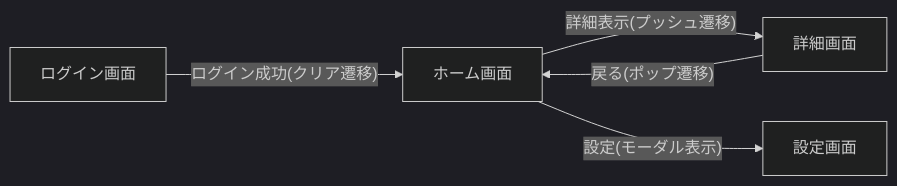
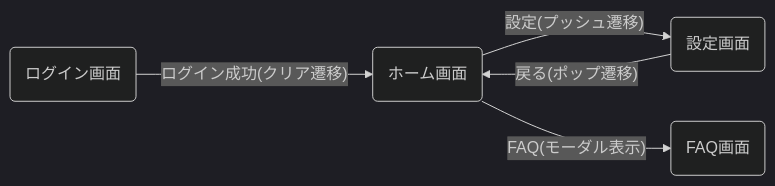
Before and after one commit to yumemi-inc/flutter-mobile-project-docs-template: the fourth of 5 diagrams in docs/template/screen_flow/screen_flow.md, drawn with Mermaid (dark theme). The commit also changed other lines of this file and 4 other files, not shown here.

````diff
--- a/docs/template/screen_flow/screen_flow.md
+++ b/docs/template/screen_flow/screen_flow.md
@@ -209,7 +208,7 @@
 ```mermaid
-flowchart LR
-    Login[ログイン画面] -- "ログイン成功(クリア遷移)" --> Home[ホーム画面]
-    Home -- "詳細表示(プッシュ遷移)" --> Detail[詳細画面]
-    Detail -- "戻る(ポップ遷移)" --> Home
-    Home -- "設定(モーダル表示)" --> Settings[設定画面]
+graph LR
+    SC001(ログイン画面) -- "ログイン成功(クリア遷移)" --> SC002(ホーム画面)
+    SC002 -- "設定(プッシュ遷移)" --> SC003(設定画面)
+    SC003 -- "戻る(ポップ遷移)" --> SC002
+    SC002 -- "FAQ(モーダル表示)" --> SC004(FAQ画面)
 ```
````
